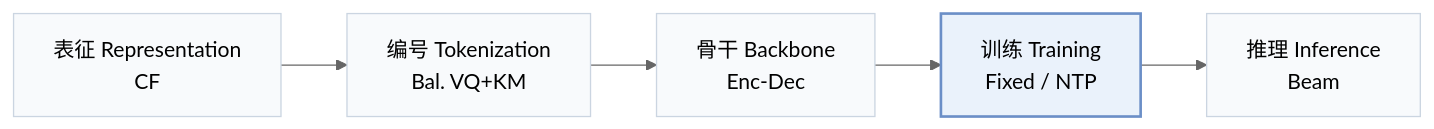
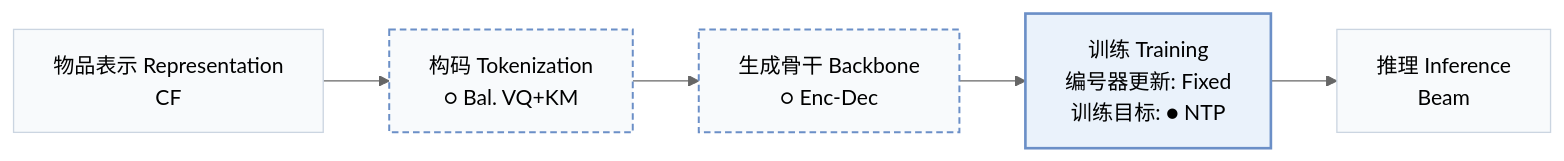
One commit to Galaxy-ghost/Awesome-SID-Generative-Rec changed the first of 2 diagrams in pages/zh/papers/mbgen.md. Above: the diagram before and after it, drawn with Mermaid (neutral theme). The commit also changed other lines of this file and 558 other files, not shown here.

````diff
--- a/pages/zh/papers/mbgen.md
+++ b/pages/zh/papers/mbgen.md
@@ -15,8 +18,10 @@
 ```mermaid
 flowchart LR
-    R["表征 Representation<br/>CF"] --> T["编号 Tokenization<br/>Bal. VQ+KM"] --> B["骨干 Backbone<br/>Enc-Dec"] --> TR["训练 Training<br/>Fixed / NTP"] --> I["推理 Inference<br/>Beam"]
+    R["物品表示 Representation<br/>CF"] --> T["构码 Tokenization<br/>○ Bal. VQ+KM"] --> B["生成骨干 Backbone<br/>○ Enc-Dec"] --> TR["训练 Training<br/>编号器更新: Fixed<br/>训练目标: ● NTP"] --> I["推理 Inference<br/>Beam"]
     classDef base fill:#f8fafc,stroke:#cbd5e1
     class R,T,B,TR,I base
+    classDef other fill:#f8fafc,stroke:#6b8fc7,stroke-width:1.5px,stroke-dasharray:5 3
+    class T,B other
     classDef main fill:#eaf2fb,stroke:#6b8fc7,stroke-width:2px
     class TR main
 ```
````
